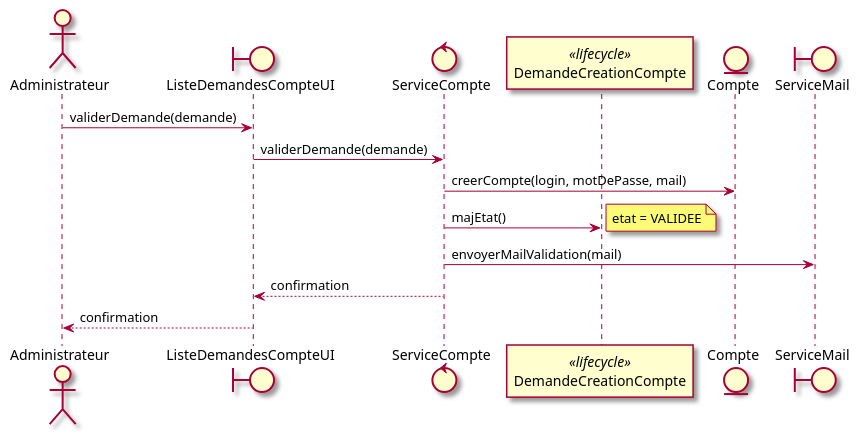
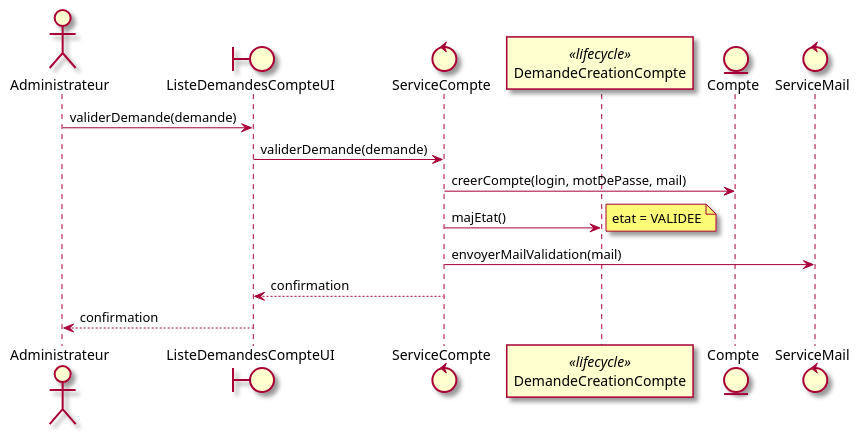
One commit to mrajaonson/glg204-room-management-system changed the sixth of 56 diagrams in docs/02-Analyse.md. Above: the diagram before and after it, drawn with PlantUML. The commit also changed other lines of this file and 2 other files, not shown here.

````diff
--- a/docs/02-Analyse.md
+++ b/docs/02-Analyse.md
@@ -274,20 +274,20 @@
 ```plantuml
 @startuml
 skin rose
 actor Administrateur as a
 boundary ListeDemandesCompteUI as ui
 control ServiceCompte as svc
 participant DemandeCreationCompte as dcm <<lifecycle>>
 entity Compte as compte
-boundary ServiceMail as mail
+control ServiceMail as mail
 
 a -> ui : validerDemande(demande)
 ui -> svc : validerDemande(demande)
 svc -> compte : creerCompte(login, motDePasse, mail)
 svc -> dcm : majEtat()
 note right : etat = VALIDEE
 svc -> mail : envoyerMailValidation(mail)
 svc --> ui : confirmation
 ui --> a : confirmation
 @enduml
 ```
````
